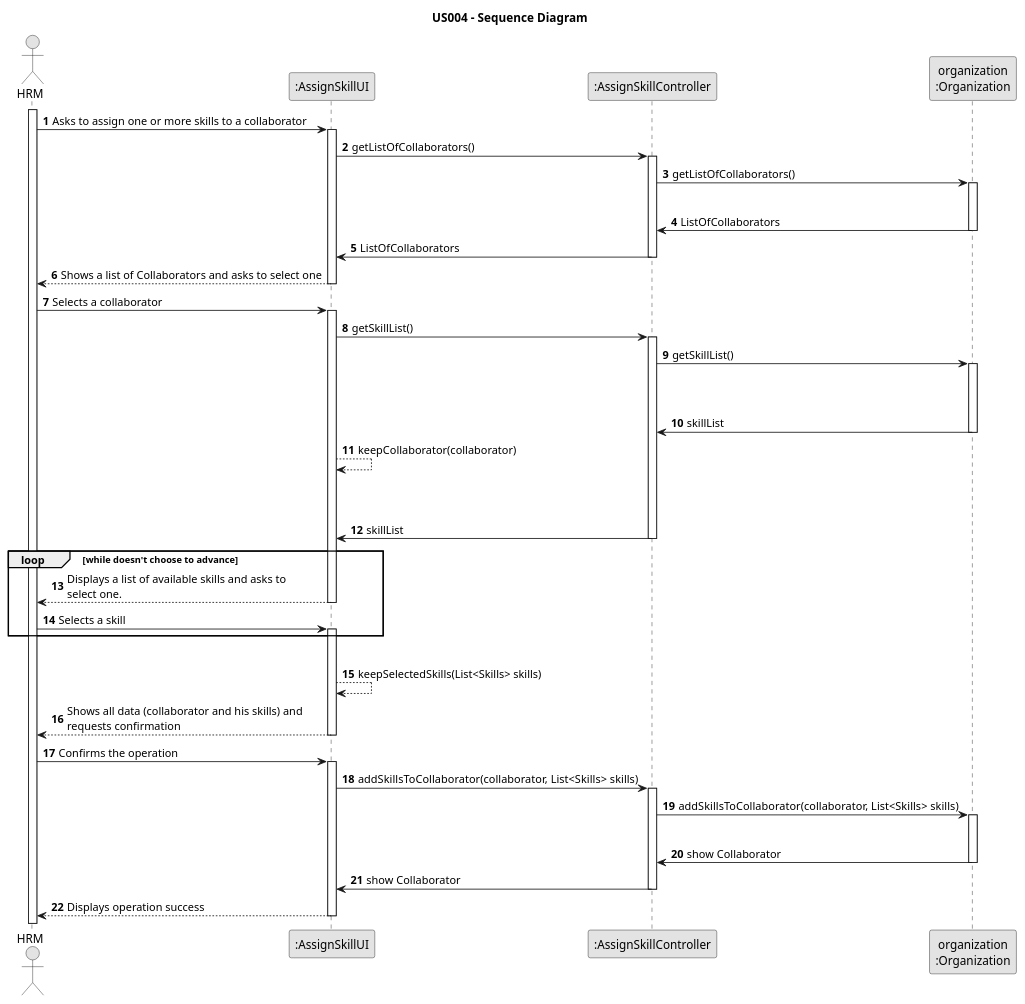
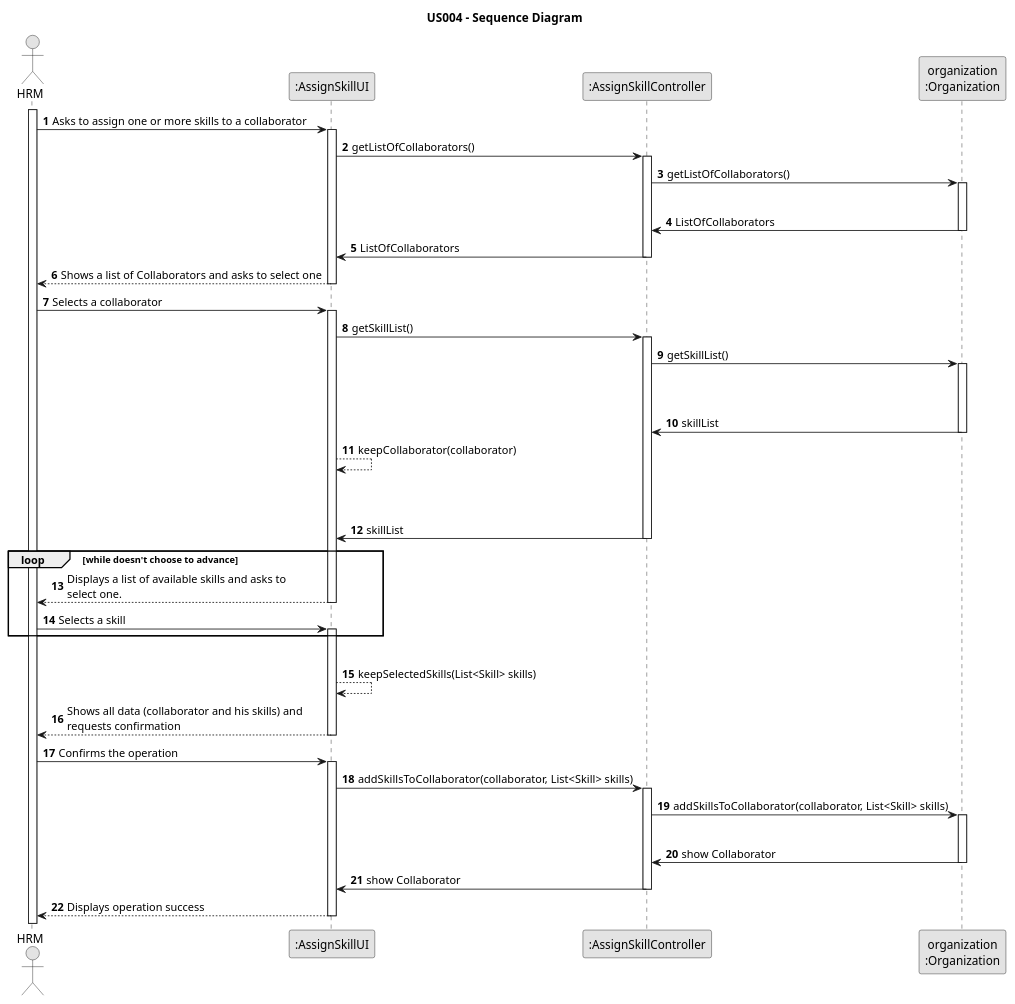
The diagram in docs/sprintB/us004/03.design/puml/us004-sequence-diagram.puml (Rui-San/LAPR2_2023_2024), drawn with PlantUML before and after one commit. The commit also changed 2 other files, not shown here.

```diff
--- a/docs/sprintB/us004/03.design/puml/us004-sequence-diagram.puml
+++ b/docs/sprintB/us004/03.design/puml/us004-sequence-diagram.puml
@@ -1,97 +1,97 @@
 @startuml
 skinparam monochrome true
 skinparam packageStyle rectangle
 skinparam shadowing false
 
 title US004 - Sequence Diagram
 
 autonumber
 
 actor "HRM" as HRM
 participant ":AssignSkillUI" as UI
 participant ":AssignSkillController" as CTRL
 participant "organization\n:Organization" as ORG
 
 
 activate HRM
 
     HRM -> UI : Asks to assign one or more skills to a collaborator
 
     activate UI
 
         UI -> CTRL : getListOfCollaborators()
 
         activate CTRL
 
             CTRL -> ORG : getListOfCollaborators()
             |||
             activate ORG
 
                 ORG -> CTRL : ListOfCollaborators
             deactivate ORG
             CTRL -> UI : ListOfCollaborators
         deactivate CTRL
         UI --> HRM : Shows a list of Collaborators and asks to select one
     deactivate UI
 
     HRM -> UI : Selects a collaborator
 
     activate UI
 
         UI -> CTRL : getSkillList()
 
         activate CTRL
 
             CTRL -> ORG : getSkillList()
             |||
             |||
 
             activate ORG
 
                 ORG -> CTRL : skillList
 
             deactivate ORG
 
             UI --> UI : keepCollaborator(collaborator)
             |||
             |||
 
             CTRL -> UI : skillList
         deactivate CTRL
 
         loop while doesn't choose to advance
 
             UI --> HRM : Displays a list of available skills and asks to \nselect one.
     deactivate UI
 
         HRM -> UI : Selects a skill
 
     activate UI
 
         end
         |||
-        UI --> UI : keepSelectedSkills(List<Skills> skills)
+        UI --> UI : keepSelectedSkills(List<Skill> skills)
 
         UI --> HRM : Shows all data (collaborator and his skills) and \nrequests confirmation
     deactivate UI
 
     HRM -> UI : Confirms the operation
     activate UI
 
-        UI -> CTRL : addSkillsToCollaborator(collaborator, List<Skills> skills)
+        UI -> CTRL : addSkillsToCollaborator(collaborator, List<Skill> skills)
 
         activate CTRL
 
-            CTRL -> ORG : addSkillsToCollaborator(collaborator, List<Skills> skills)
+            CTRL -> ORG : addSkillsToCollaborator(collaborator, List<Skill> skills)
             |||
             activate ORG
 
                 ORG ->CTRL : show Collaborator
             deactivate ORG
             CTRL -> UI : show Collaborator
         deactivate CTRL
 
         UI --> HRM : Displays operation success
     deactivate UI
 
 @enduml
```
